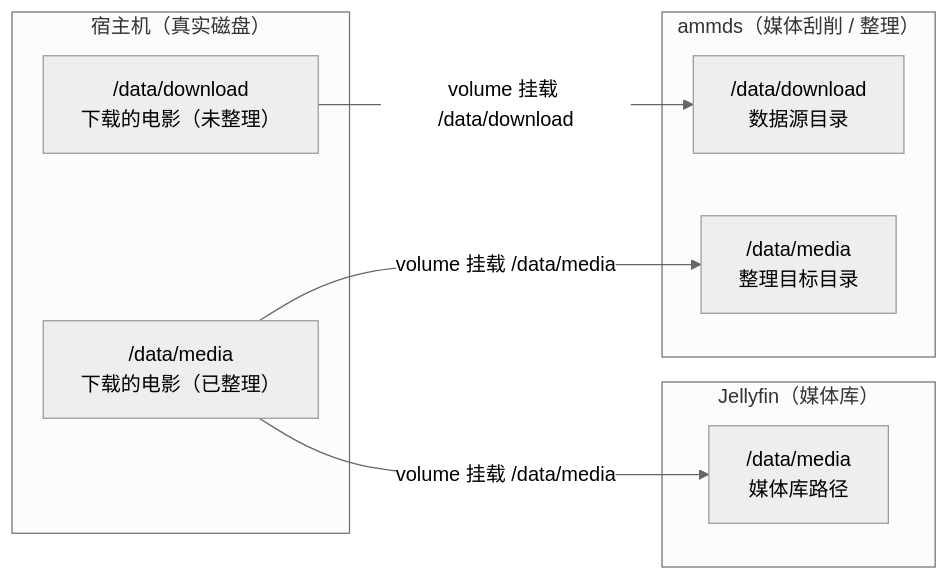
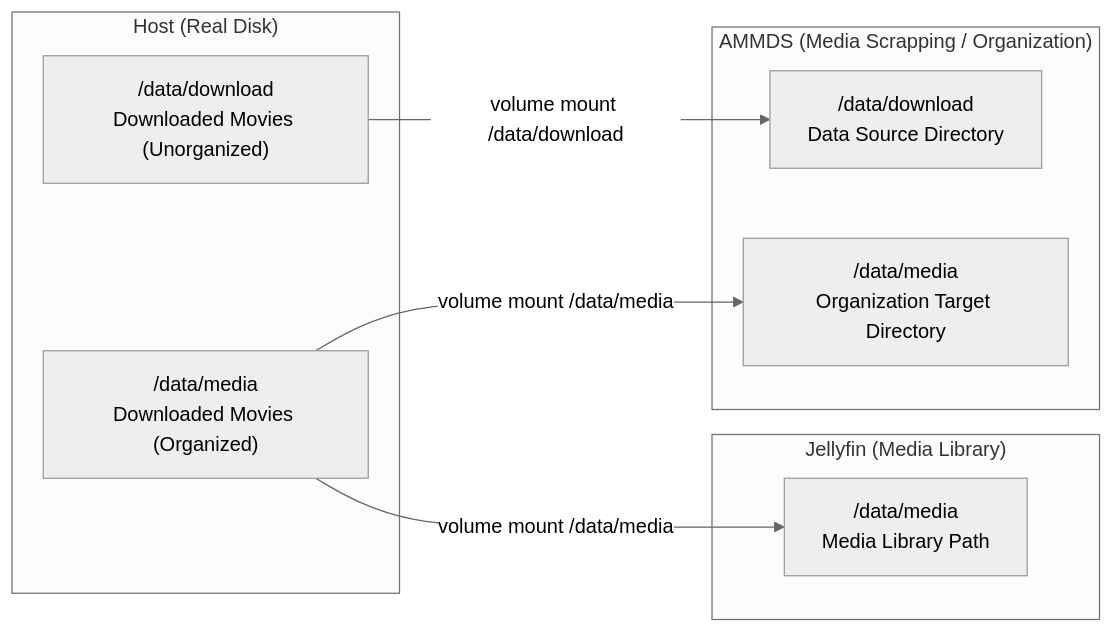
One commit to QYG2297248353/AMMDS-DOC changed the second of 5 diagrams in docs/usage/Mount.md. Above: the diagram before and after it, drawn with Mermaid (neutral theme). The commit also changed other lines of this file and 7 other files, not shown here.

````diff
--- a/docs/usage/Mount.md
+++ b/docs/usage/Mount.md
@@ -74,33 +74,33 @@
 ```mermaid
 flowchart LR
     %% =========================
-    %% 宿主机（只保留事实）
+    %% Host (only facts retained)
     %% =========================
-    subgraph HOST["宿主机（真实磁盘）"]
-        D1["/data/download<br/>下载的电影（未整理）"]
-        D2["/data/media<br/>下载的电影（已整理）"]
+    subgraph HOST["Host (Real Disk)"]
+        D1["/data/download<br/>Downloaded Movies (Unorganized)"]
+        D2["/data/media<br/>Downloaded Movies (Organized)"]
     end
 
     %% =========================
-    %% ammds
+    %% AMMDS
     %% =========================
-    subgraph AMMDS["ammds（媒体刮削 / 整理）"]
-        A1["/data/download<br/>数据源目录"]
-        A2["/data/media<br/>整理目标目录"]
+    subgraph AMMDS["AMMDS (Media Scrapping / Organization)"]
+        A1["/data/download<br/>Data Source Directory"]
+        A2["/data/media<br/>Organization Target Directory"]
     end
 
     %% =========================
-    %% jellyfin
+    %% Jellyfin
     %% =========================
-    subgraph JELLYFIN["Jellyfin（媒体库）"]
-        J["/data/media<br/>媒体库路径"]
+    subgraph JELLYFIN["Jellyfin (Media Library)"]
+        J["/data/media<br/>Media Library Path"]
     end
 
     %% =========================
-    %% 挂载关系（只剩必要的）
+    %% Mounting relationships (only necessary ones)
     %% =========================
-    D1 -->|"volume 挂载 /data/download"| A1
-    D2 -->|"volume 挂载 /data/media"| A2
-    D2 -->|"volume 挂载 /data/media"| J
+    D1 -->|"volume mount /data/download"| A1
+    D2 -->|"volume mount /data/media"| A2
+    D2 -->|"volume mount /data/media"| J
 
 ```
````
